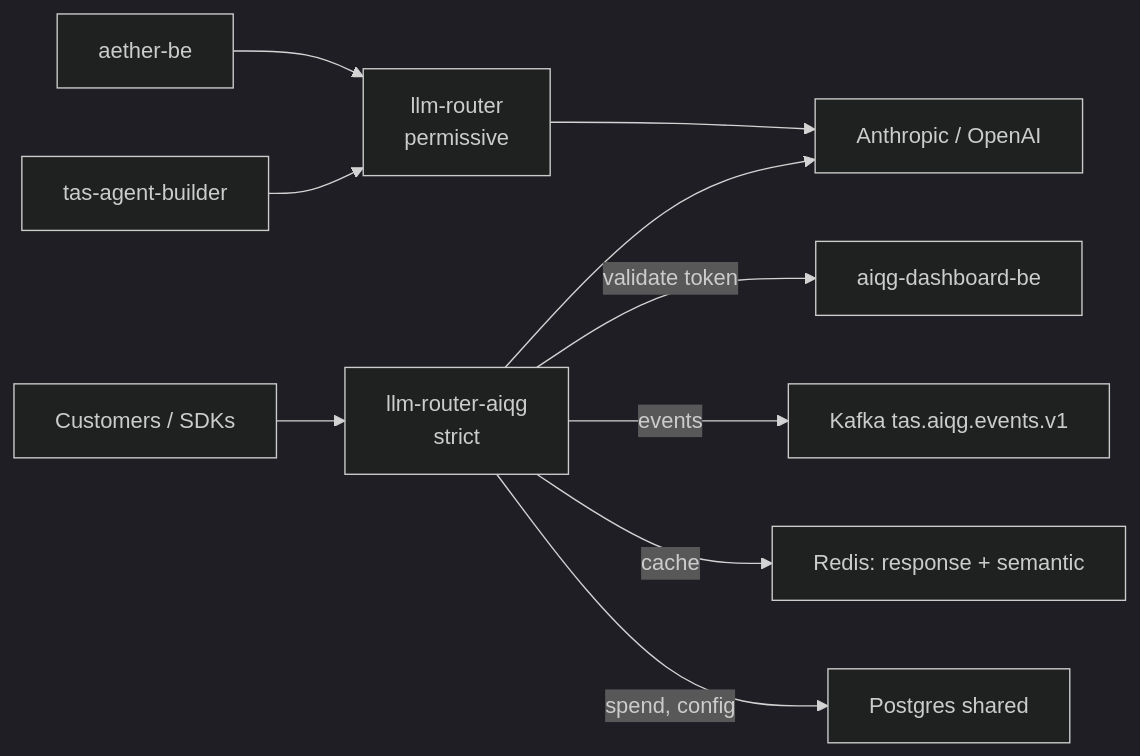
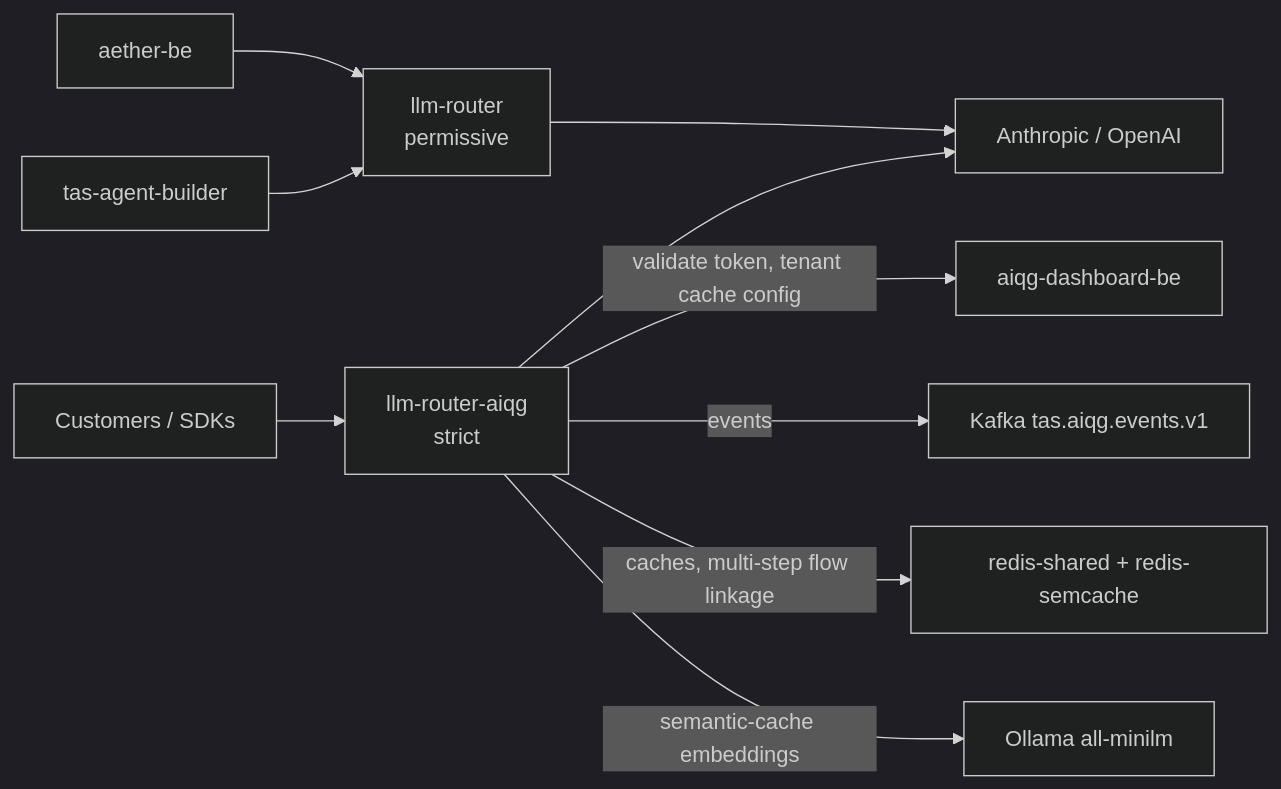
Before and after one commit to Tributary-ai-services/tas-llm-router: the diagram in README.md, drawn with Mermaid (dark theme). The commit also changed other lines of this file and 4 other files, not shown here.

````diff
--- a/README.md
+++ b/README.md
@@ -160,12 +306,12 @@
 ```mermaid
 flowchart LR
   A[aether-be] --> R[llm-router<br/>permissive]
   B[tas-agent-builder] --> R
   C[Customers / SDKs] --> G[llm-router-aiqg<br/>strict]
   R --> P[Anthropic / OpenAI]
   G --> P
-  G -->|validate token| D[aiqg-dashboard-be]
+  G -->|validate token, tenant cache config| D[aiqg-dashboard-be]
   G -->|events| K[Kafka tas.aiqg.events.v1]
-  G -->|cache| RD[Redis: response + semantic]
-  G -->|spend, config| PG[Postgres shared]
+  G -->|caches, multi-step flow linkage| RD[redis-shared + redis-semcache]
+  G -->|semantic-cache embeddings| O[Ollama all-minilm]
 ```
````
